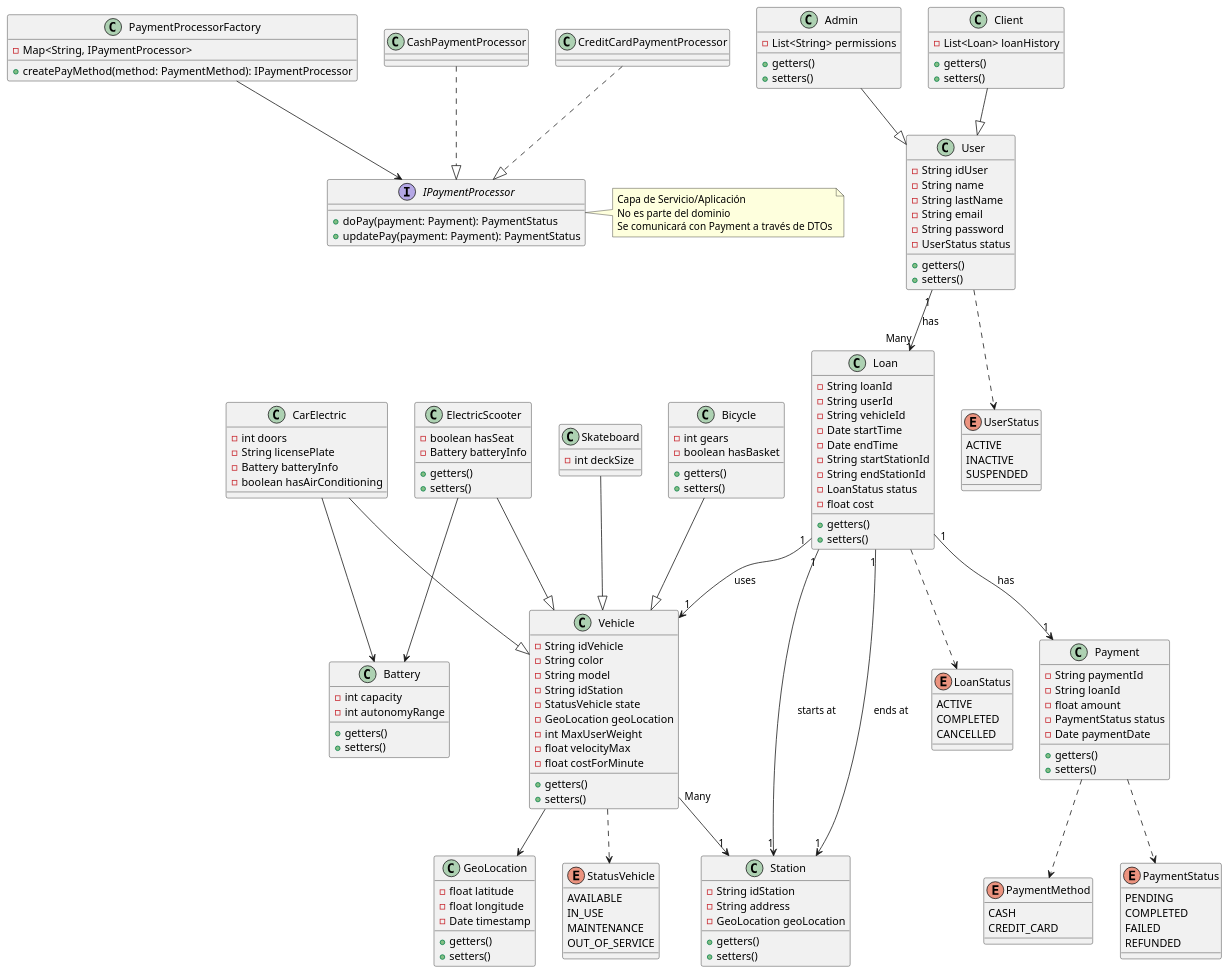
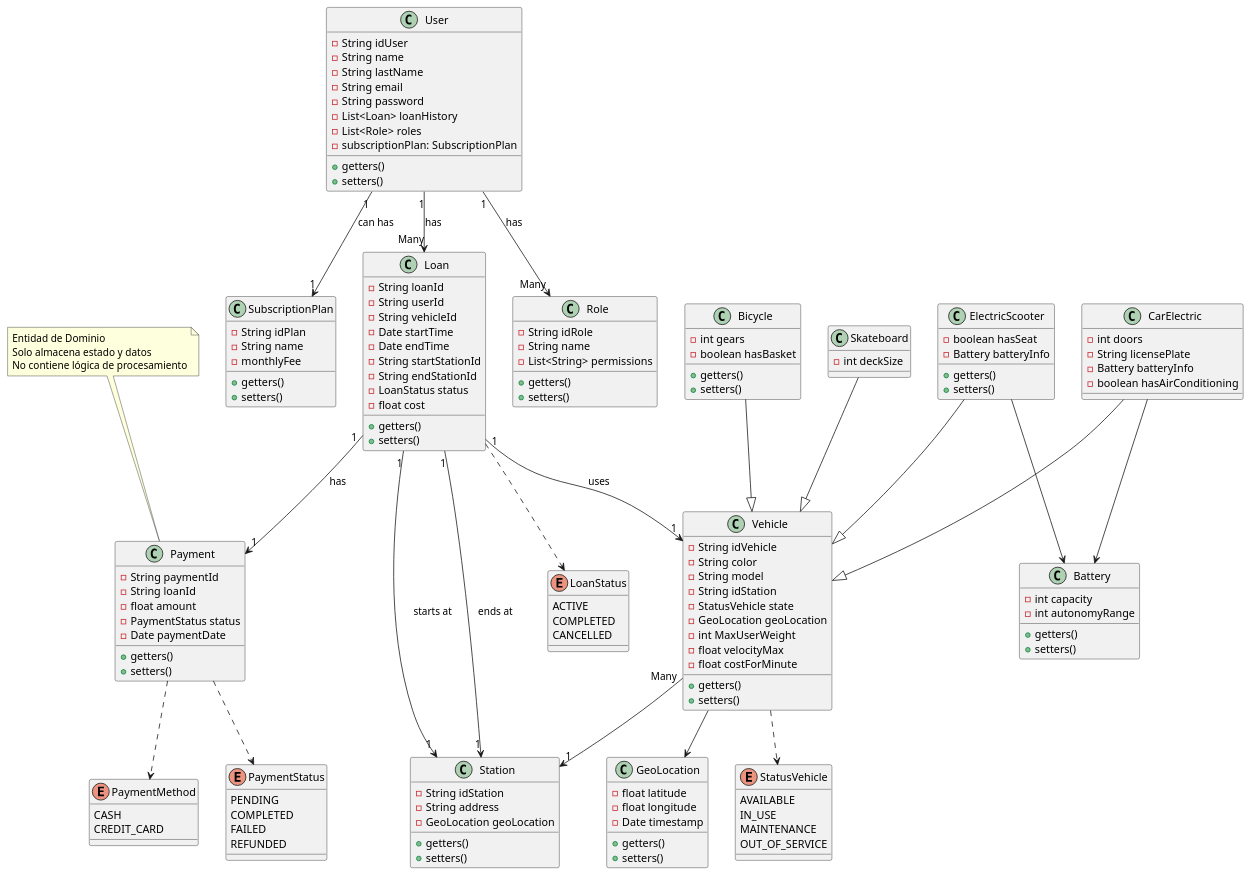
The diagram in Backend/src/presentation/views/uml.wsd (david123456858/Practice-patterns), drawn with PlantUML before and after one commit. The commit also changed 9 other files, not shown here.

```diff
--- a/Backend/src/presentation/views/uml.wsd
+++ b/Backend/src/presentation/views/uml.wsd
@@ -93,33 +93,34 @@
     - String lastName
     - String email
     - String password
-    - UserStatus status
+    - List<Loan> loanHistory
+    - List<Role> roles
+    - subscriptionPlan: SubscriptionPlan 
     + getters()
     + setters()
 }
 
-class Admin {
-    - List<String> permissions
+
+class SubscriptionPlan{
+    - String idPlan
+    - String name
+    - monthlyFee
     + getters()
     + setters()
 }
 
-class Client {
-    - List<Loan> loanHistory 
+
+User "1" --> "Many" Loan : has
+User "1" --> "Many" Role : has
+User "1" --> "1" SubscriptionPlan : can has
+ 
+class Role{
+    - String idRole
+    - String name
+    - List<String> permissions 
     + getters()
     + setters()
 }
-
-enum UserStatus {
-    ACTIVE
-    INACTIVE
-    SUSPENDED
-}
-
-User ..> UserStatus
-User "1" --> "Many" Loan : has
-Admin --|> User
-Client --|> User
 
 ' part Loan
 class Loan {
@@ -171,35 +172,41 @@
     CREDIT_CARD
 }
 
-interface IPaymentProcessor{
-    + doPay(payment: Payment): PaymentStatus
-    + updatePay(payment: Payment): PaymentStatus
-}
+' interface IPaymentProcessor{
+'     + doPay(payment: Payment): PaymentStatus
+'     + updatePay(payment: Payment): PaymentStatus
+' }
 
-class PaymentProcessorFactory{
-    - Map<String, IPaymentProcessor>
-    + createPayMethod(method: PaymentMethod): IPaymentProcessor
-}
+' class PaymentProcessorFactory{
+'     - Map<String, IPaymentProcessor>
+'     + createPayMethod(method: PaymentMethod): IPaymentProcessor
+' }
 
 
-class CashPaymentProcessor{
+' class CashPaymentProcessor{
 
-}
-class CreditCardPaymentProcessor{
+' }
+' class CreditCardPaymentProcessor{
 
-}
+' }
 
 Payment ..> PaymentStatus
 Payment ..> PaymentMethod
 
-CashPaymentProcessor ..|> IPaymentProcessor
-CreditCardPaymentProcessor ..|> IPaymentProcessor
-PaymentProcessorFactory --> IPaymentProcessor
-
-note right of IPaymentProcessor
-  Capa de Servicio/Aplicación
-  No es parte del dominio
-  Se comunicará con Payment a través de DTOs
+note top of Payment
+  Entidad de Dominio
+  Solo almacena estado y datos
+  No contiene lógica de procesamiento
 end note
 
+' CashPaymentProcessor ..|> IPaymentProcessor
+' CreditCardPaymentProcessor ..|> IPaymentProcessor
+' PaymentProcessorFactory --> IPaymentProcessor
+
+' note right of IPaymentProcessor
+'   Capa de Servicio/Aplicación
+'   No es parte del dominio
+'   Se comunicará con Payment a través de DTOs
+' end note
+
 @enduml
```
